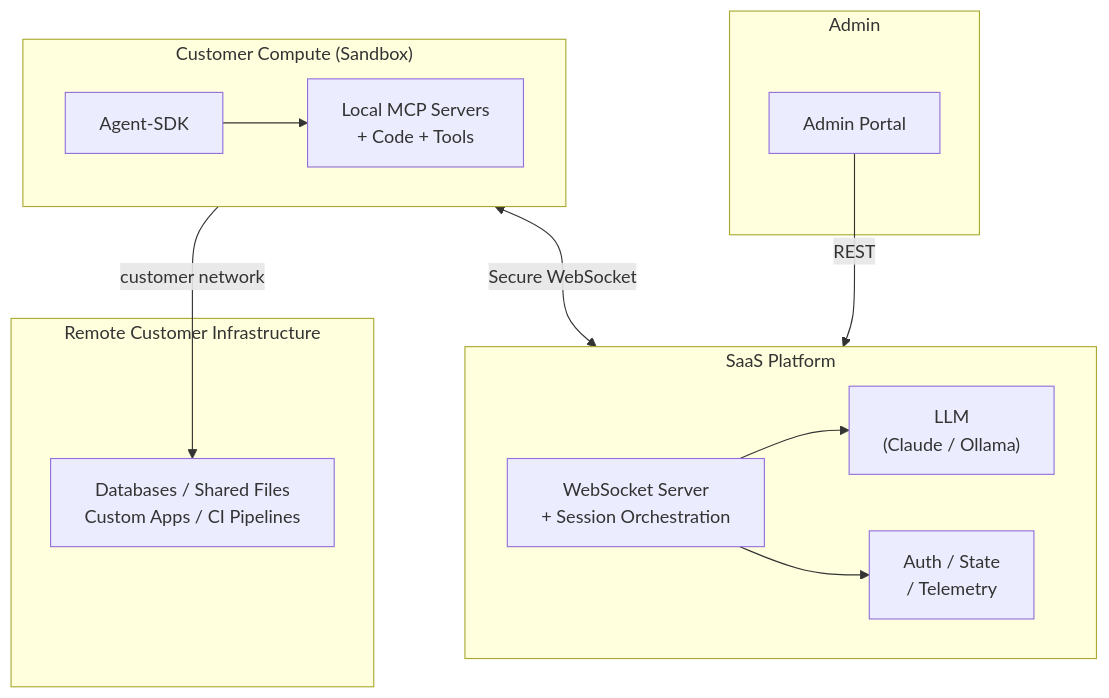
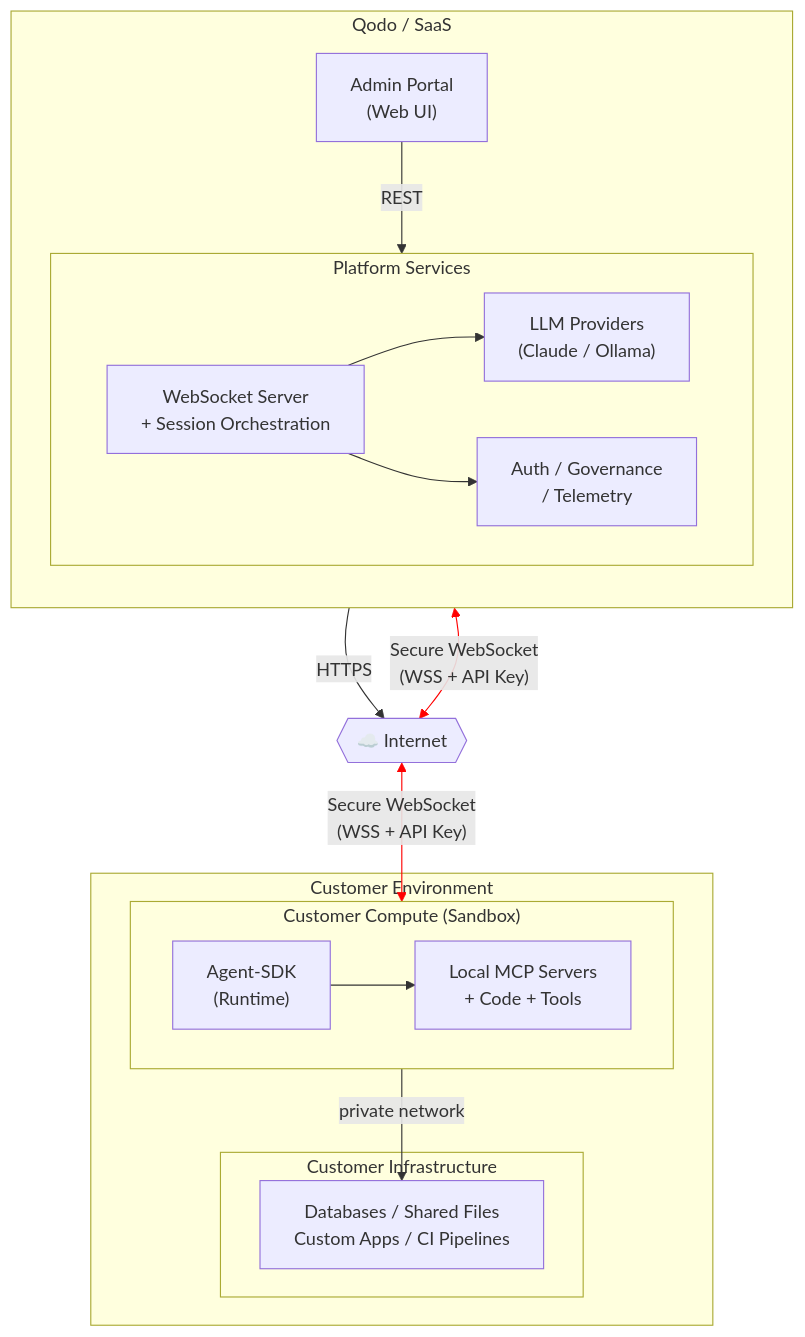
The diagram in README.md (David-Parry/server-agents), drawn with Mermaid before and after one commit. The commit also changed other lines of this file, not shown here.

Commit message:
updated make documentation cleaner

````diff
--- a/README.md
+++ b/README.md
@@ -42,30 +43,42 @@
 ``` mermaid
 flowchart TB
-  subgraph Admin["Admin"]
-    C1["Admin Portal"]
+  subgraph Qodo["Qodo / SaaS"]
+    direction TB
+    C1["Admin Portal\n(Web UI)"]
+
+    subgraph Platform["Platform Services"]
+      direction LR
+      B1["WebSocket Server\n+ Session Orchestration"]
+      B2["LLM Providers\n(Claude / Ollama)"]
+      B3["Auth / Governance\n/ Telemetry"]
+      B1 --> B2
+      B1 --> B3
+    end
+
+    C1 -->|"REST"| Platform
   end
 
-  subgraph SaaS["SaaS Platform"]
-    direction LR
-    B1["WebSocket Server\n+ Session Orchestration"]
-    B2["LLM\n(Claude / Ollama)"]
-    B3["Auth / State\n/ Telemetry"]
-    B1 --> B2
-    B1 --> B3
+  Internet{{"☁️ Internet"}}
+
+  subgraph Customer["Customer Environment"]
+    subgraph Compute["Customer Compute (Sandbox)"]
+      direction LR
+      A1["Agent-SDK\n(Runtime)"]
+      A2["Local MCP Servers\n+ Code + Tools"]
+      A1 --> A2
+    end
+
+    subgraph CustInfra["Customer Infrastructure"]
+      D1["Databases / Shared Files\nCustom Apps / CI Pipelines"]
+    end
+
+    A2 -->|"private network"| D1
   end
 
-  subgraph Client["Customer Compute (Sandbox)"]
-    direction LR
-    A1["Agent-SDK"]
-    A2["Local MCP Servers\n+ Code + Tools"]
-    A1 --> A2
-  end
+  C1 -->|"HTTPS"| Internet
+  B1 <-->|"Secure WebSocket\n(WSS + API Key)"| Internet
+  Internet <-->|"Secure WebSocket\n(WSS + API Key)"| A1
 
-  subgraph CustInfra["Remote Customer Infrastructure"]
-    D1["Databases / Shared Files\nCustom Apps / CI Pipelines"]
-  end
-
-  C1 -->|"REST"| SaaS
-  A1 <-->|"Secure WebSocket"| B1
-  A2 -->|"customer network"| D1
+  linkStyle 6 stroke:red
+  linkStyle 7 stroke:red
 ```
````
